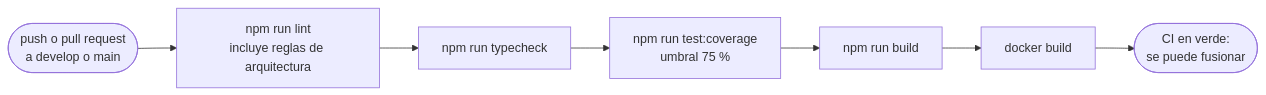
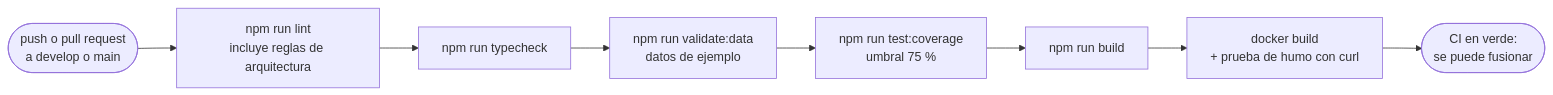
One commit to pfalonso/alter-timeline-portfolio changed diagram 11 of 11 in README.md. Above: the diagram before and after it, drawn with Mermaid. The commit also changed other lines of this file and 2 other files, not shown here.

First line of the commit message:
docs+test: CI, build:public-data y docker-compose.public.yml documentados y probados

````diff
--- a/README.md
+++ b/README.md
@@ -1175,12 +1195,13 @@
 ```mermaid
 flowchart LR
     trigger(["push o pull request<br/>a develop o main"])
     lint["npm run lint<br/>incluye reglas de arquitectura"]
     type["npm run typecheck"]
+    data["npm run validate:data<br/>datos de ejemplo"]
     test["npm run test:coverage<br/>umbral 75 %"]
     build["npm run build"]
-    docker["docker build"]
+    docker["docker build<br/>+ prueba de humo con curl"]
     ok(["CI en verde:<br/>se puede fusionar"])
 
-    trigger --> lint --> type --> test --> build --> docker --> ok
+    trigger --> lint --> type --> data --> test --> build --> docker --> ok
 ```
````
